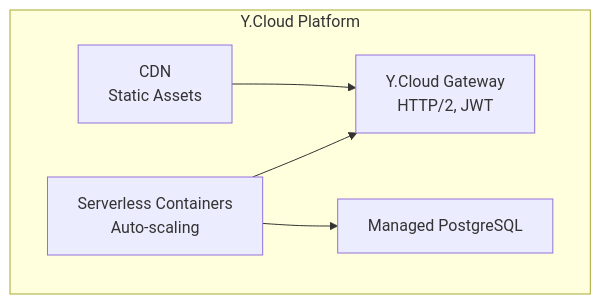
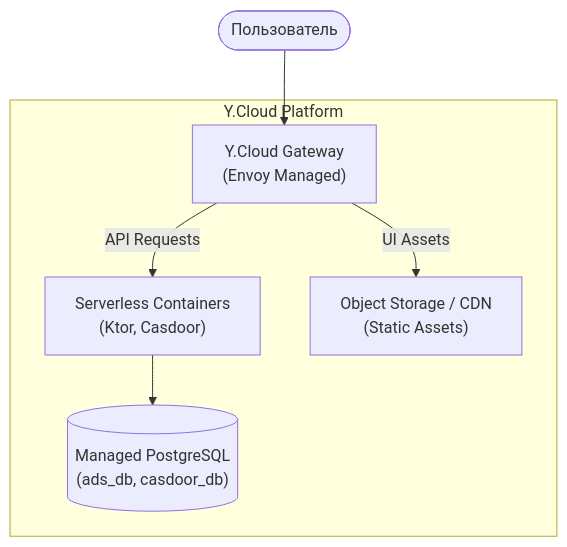
Before and after one commit to otuskotlin/202602-ok-marketplace: the eighth of 10 diagrams in docs/architecture/tech-stack.md, drawn with Mermaid. The commit also changed other lines of this file and 4 other files, not shown here.

````diff
--- a/docs/architecture/tech-stack.md
+++ b/docs/architecture/tech-stack.md
@@ -154,13 +175,19 @@
 ```mermaid
-graph TB
+graph TD
+    User([Пользователь]) --> ManagedGW
+
     subgraph "Y.Cloud Platform"
-        CDN["CDN<br/>Static Assets"]
-        Containers["Serverless Containers<br/>Auto-scaling"]
-        ManagedGW["Y.Cloud Gateway<br/>HTTP/2, JWT"]
-        ManagedDB["Managed PostgreSQL"]
+        ManagedGW["Y.Cloud Gateway<br/>(Envoy Managed)"]
+
+        Containers["Serverless Containers<br/>(Ktor, Casdoor)"]
+        ManagedDB[("Managed PostgreSQL<br/>(ads_db, casdoor_db)")]
+        S3["Object Storage / CDN<br/>(Static Assets)"]
     end
-    
-    CDN --> ManagedGW
-    Containers --> ManagedGW
+
+%% Потоки трафика
+    ManagedGW -->|API Requests| Containers
+    ManagedGW -->|UI Assets| S3
+
+%% Внутренние связи
     Containers --> ManagedDB
 ```
````
